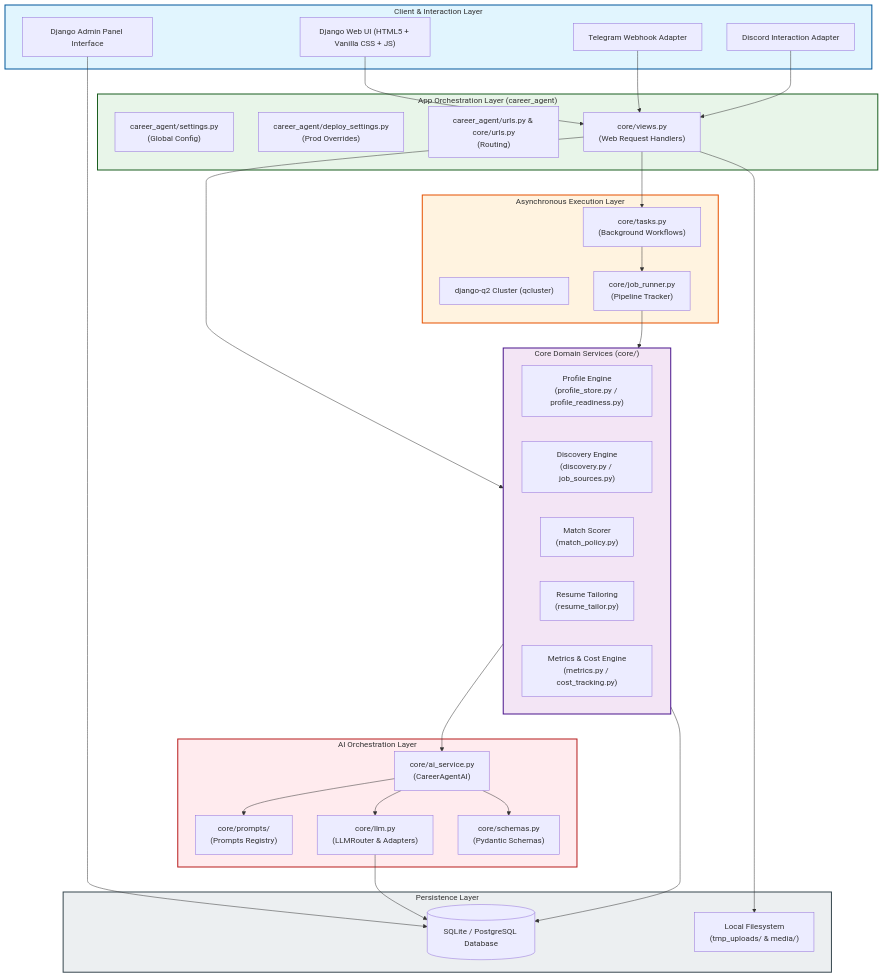
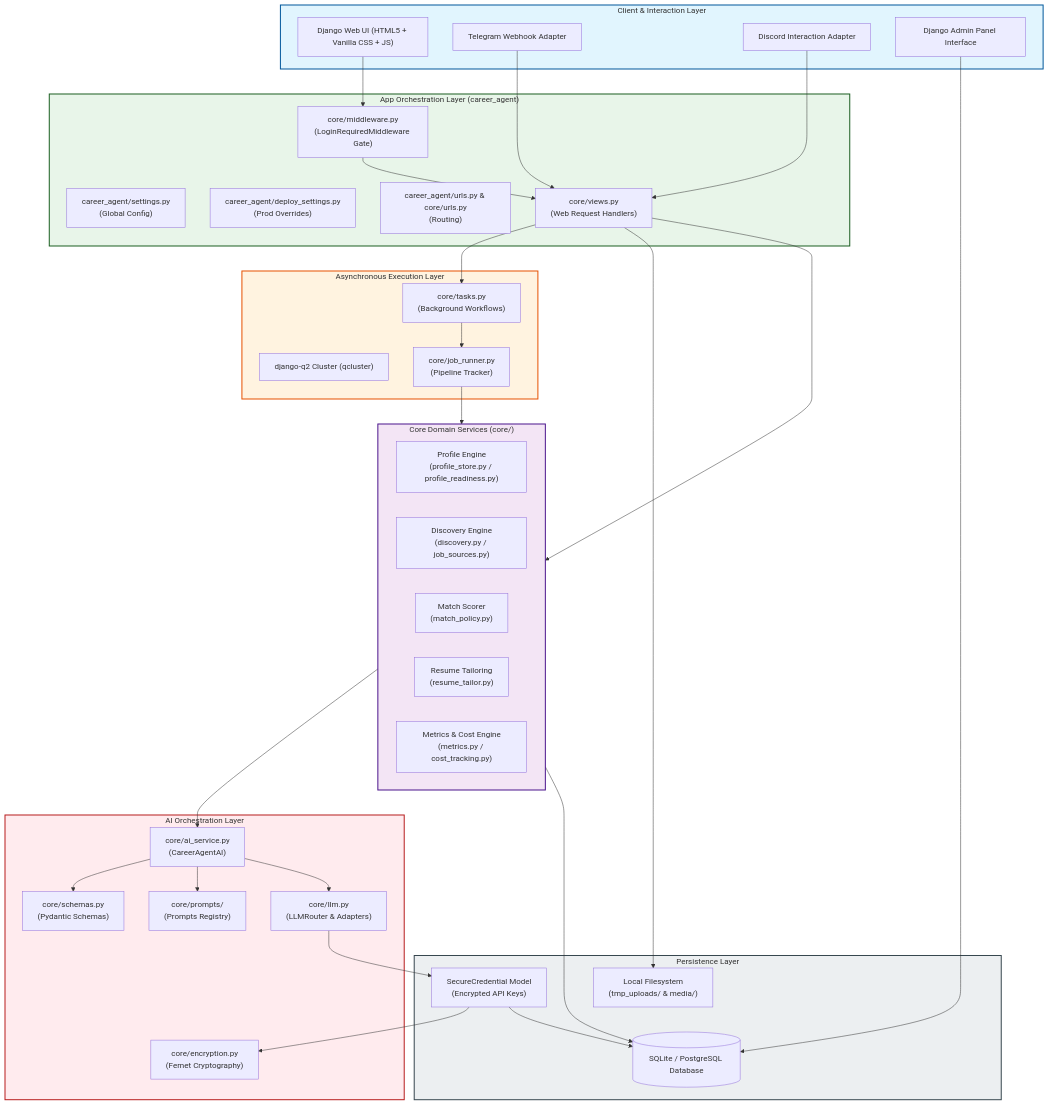
One commit to ArPaN-DS/JobScout-AI changed the first of 2 diagrams in docs/ARCHITECTURE.md. Above: the diagram before and after it, drawn with Mermaid.

Commit message:
docs: Update ARCHITECTURE.md with authentication middleware and encryption

````diff
--- a/docs/ARCHITECTURE.md
+++ b/docs/ARCHITECTURE.md
@@ -22,72 +22,78 @@
 ```mermaid
 flowchart TB
     subgraph Client ["Client & Interaction Layer"]
         UI["Django Web UI (HTML5 + Vanilla CSS + JS)"]
         TG["Telegram Webhook Adapter"]
         DSC["Discord Interaction Adapter"]
         ADM["Django Admin Panel Interface"]
     end
 
     subgraph AppLayer ["App Orchestration Layer (career_agent)"]
         Settings["career_agent/settings.py<br>(Global Config)"]
         DeploySettings["career_agent/deploy_settings.py<br>(Prod Overrides)"]
         Urls["career_agent/urls.py & core/urls.py<br>(Routing)"]
+        Middleware["core/middleware.py<br>(LoginRequiredMiddleware Gate)"]
         Views["core/views.py<br>(Web Request Handlers)"]
     end
 
     subgraph AsyncLayer ["Asynchronous Execution Layer"]
         QCluster["django-q2 Cluster (qcluster)"]
         Tasks["core/tasks.py<br>(Background Workflows)"]
         Runner["core/job_runner.py<br>(Pipeline Tracker)"]
     end
 
     subgraph Domain ["Core Domain Services (core/)"]
         Profile["Profile Engine<br>(profile_store.py / profile_readiness.py)"]
         Discovery["Discovery Engine<br>(discovery.py / job_sources.py)"]
         Matching["Match Scorer<br>(match_policy.py)"]
         Tailor["Resume Tailoring<br>(resume_tailor.py)"]
         Metrics["Metrics & Cost Engine<br>(metrics.py / cost_tracking.py)"]
     end
 
     subgraph AIEngine ["AI Orchestration Layer"]
         AgentAI["core/ai_service.py<br>(CareerAgentAI)"]
         Prompts["core/prompts/<br>(Prompts Registry)"]
         Router["core/llm.py<br>(LLMRouter & Adapters)"]
         Schemas["core/schemas.py<br>(Pydantic Schemas)"]
+        Encryption["core/encryption.py<br>(Fernet Cryptography)"]
     end
 
     subgraph DataStore ["Persistence Layer"]
         DB[(SQLite / PostgreSQL Database)]
         Media["Local Filesystem<br>(tmp_uploads/ & media/)"]
+        Creds["SecureCredential Model<br>(Encrypted API Keys)"]
     end
 
     %% Client Connections
-    UI --> Views
+    UI --> Middleware
+    Middleware --> Views
     TG --> Views
     DSC --> Views
     ADM --> DB
 
     %% App to Domain/Async
     Views --> Tasks
     Views --> Domain
     Tasks --> Runner
     Runner --> Domain
 
     %% Domain to AI & Data
     Domain --> AgentAI
     Domain --> DB
     Views --> Media
 
     %% AI Connections
     AgentAI --> Schemas
     AgentAI --> Prompts
     AgentAI --> Router
-    Router --> DB
+    Router --> Creds
+    Creds --> Encryption
+    Creds --> DB
     
     style Client fill:#e1f5fe,stroke:#01579b,stroke-width:2px
     style AppLayer fill:#e8f5e9,stroke:#1b5e20,stroke-width:2px
     style AsyncLayer fill:#fff3e0,stroke:#e65100,stroke-width:2px
     style Domain fill:#f3e5f5,stroke:#4a148c,stroke-width:2px
     style AIEngine fill:#ffebee,stroke:#b71c1c,stroke-width:2px
     style DataStore fill:#eceff1,stroke:#37474f,stroke-width:2px
 ```
````
